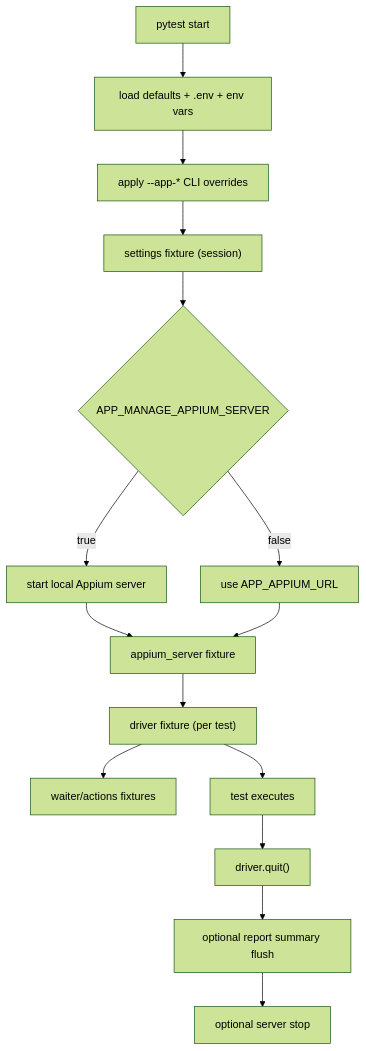
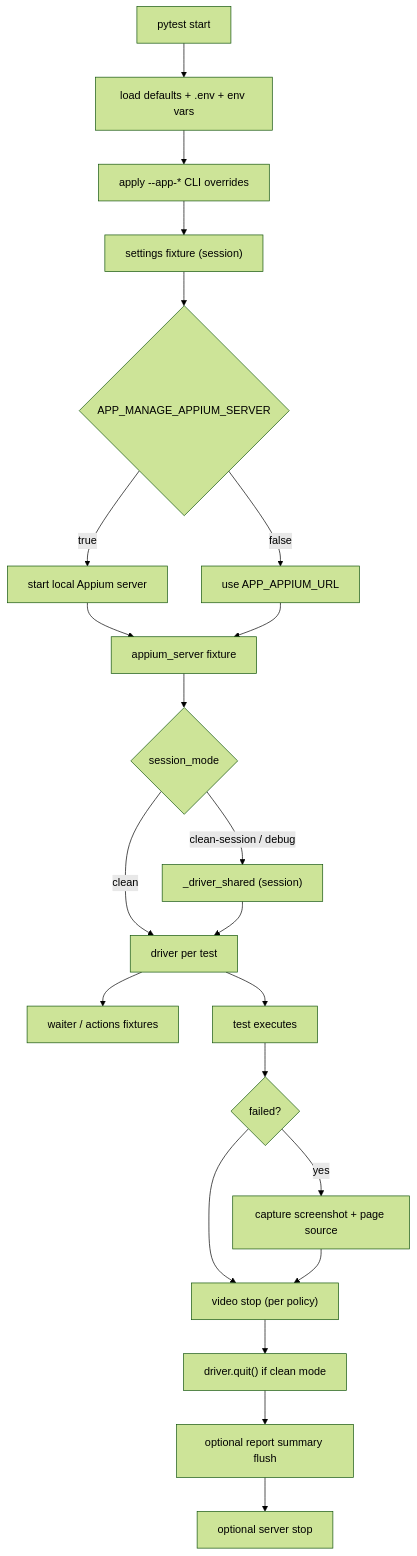
One commit to gianlucasoare/appium-pytest-kit changed the diagram in README.md. Above: the diagram before and after it, drawn with Mermaid (forest theme). The commit also changed other lines of this file and 19 other files, not shown here.

````diff
--- a/README.md
+++ b/README.md
@@ -204,17 +310,24 @@
 ```mermaid
 flowchart TD
     A["pytest start"] --> B["load defaults + .env + env vars"]
     B --> C["apply --app-* CLI overrides"]
     C --> D["settings fixture (session)"]
     D --> E{"APP_MANAGE_APPIUM_SERVER"}
     E -->|"true"| F["start local Appium server"]
     E -->|"false"| G["use APP_APPIUM_URL"]
     F --> H["appium_server fixture"]
     G --> H
-    H --> I["driver fixture (per test)"]
-    I --> J["waiter/actions fixtures"]
-    I --> K["test executes"]
-    K --> L["driver.quit()"]
-    L --> M["optional report summary flush"]
-    M --> N["optional server stop"]
+    H --> I{"session_mode"}
+    I -->|"clean-session / debug"| J["_driver_shared (session)"]
+    I -->|"clean"| K["driver per test"]
+    J --> K
+    K --> L["waiter / actions fixtures"]
+    K --> M["test executes"]
+    M --> N{"failed?"}
+    N -->|"yes"| O["capture screenshot + page source"]
+    N --> P["video stop (per policy)"]
+    O --> P
+    P --> Q["driver.quit() if clean mode"]
+    Q --> R["optional report summary flush"]
+    R --> S["optional server stop"]
 ```
````
